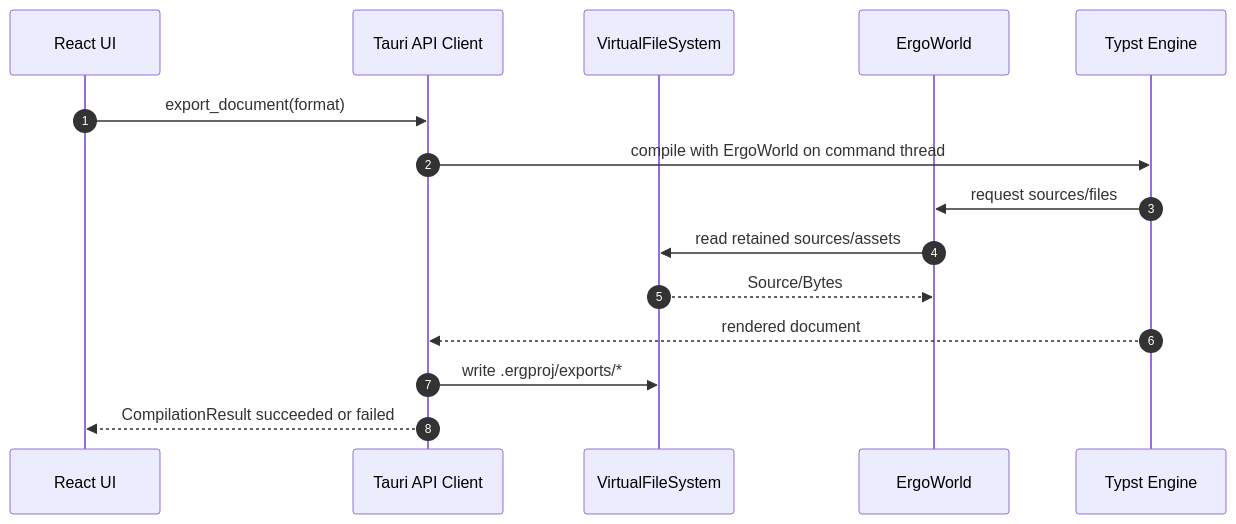
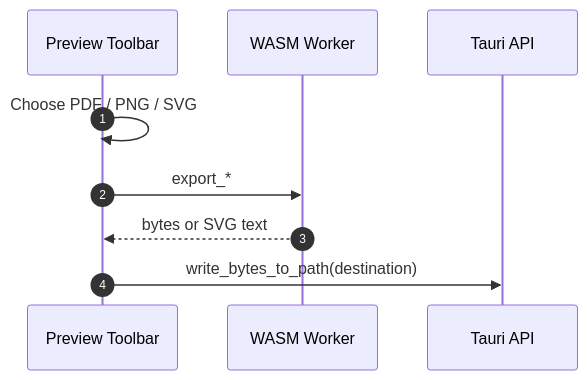
The sixth of 9 diagrams in context/sequence-diagrams.md (andmoreduro/ergo), drawn with Mermaid before and after one commit. The commit also changed other lines of this file and 12 other files, not shown here.

````diff
--- a/context/sequence-diagrams.md
+++ b/context/sequence-diagrams.md
@@ -245,19 +120,13 @@
 ```mermaid
 sequenceDiagram
     autonumber
 
-    participant UI as React UI
-    participant API as Tauri API Client
-    participant VFS as VirtualFileSystem
-    participant World as ErgoWorld
-    participant Typst as Typst Engine
+    participant UI as Preview Toolbar
+    participant Worker as WASM Worker
+    participant API as Tauri API
 
-    UI->>API: export_document(format)
-    API->>Typst: compile with ErgoWorld on command thread
-    Typst->>World: request sources/files
-    World->>VFS: read retained sources/assets
-    VFS-->>World: Source/Bytes
-    Typst-->>API: rendered document
-    API->>VFS: write .ergproj/exports/*
-    API-->>UI: CompilationResult succeeded or failed
+    UI->>UI: Choose PDF / PNG / SVG
+    UI->>Worker: export_*
+    Worker-->>UI: bytes or SVG text
+    UI->>API: write_bytes_to_path(destination)
 ```
````
